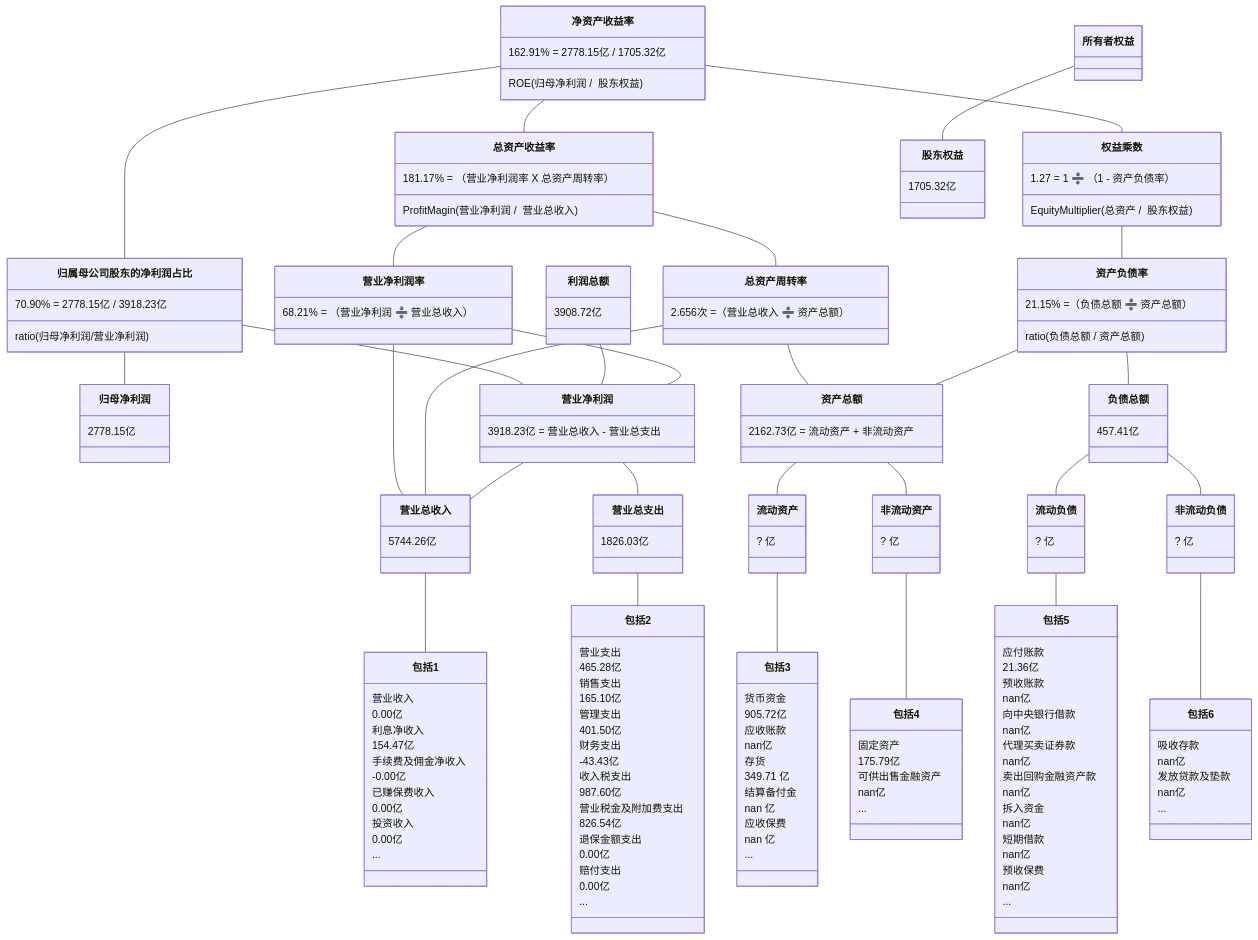
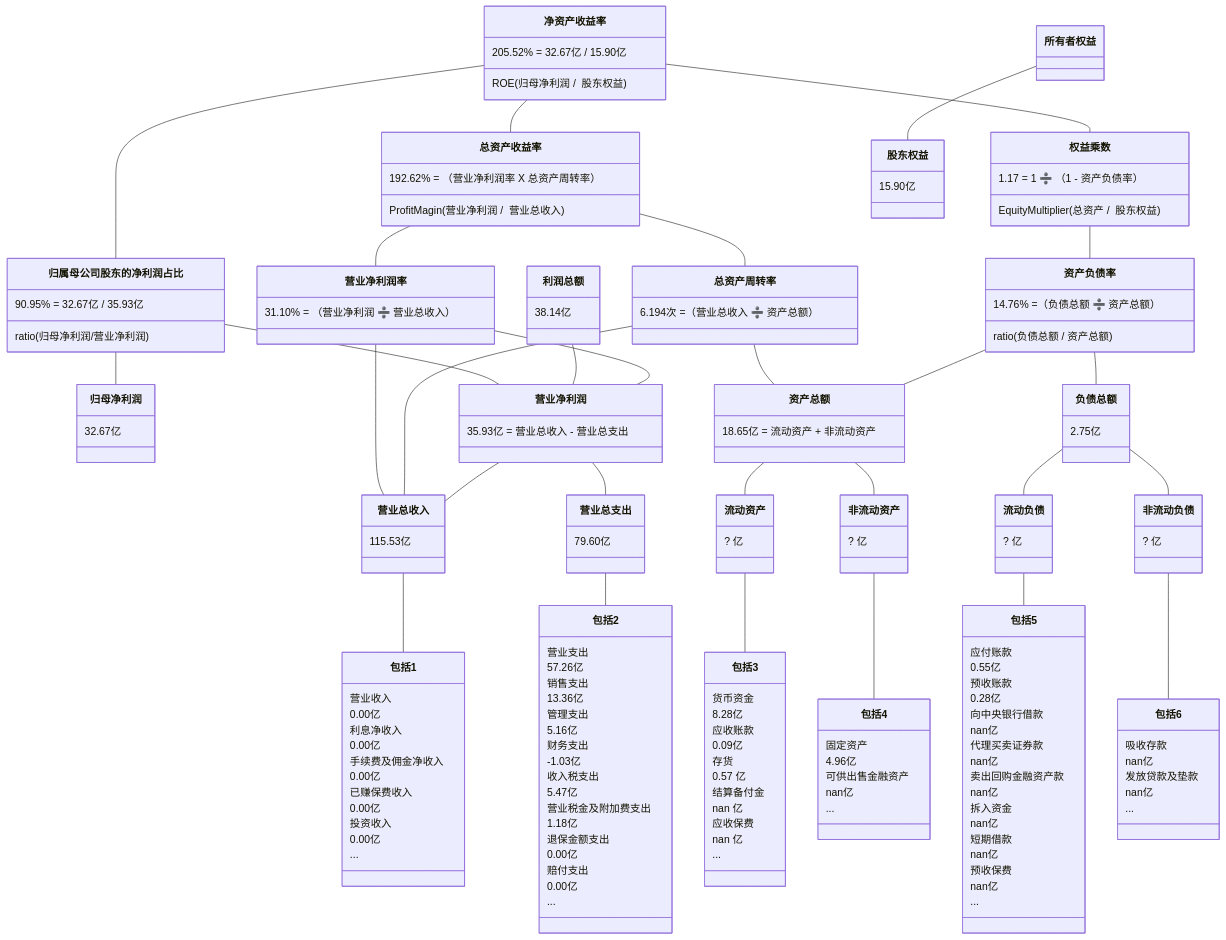
Before and after one commit to TheVeryDarkness/cs410: the seventh of 10 diagrams in 2/2.md, drawn with Mermaid. The commit also changed other lines of this file and 18 other files, not shown here.

````diff
--- a/2/2.md
+++ b/2/2.md
@@ -925,45 +953,45 @@
 ```mermaid
 classDiagram
 净资产收益率 -- 总资产收益率
-    净资产收益率 : 162.91% = 2778.15亿 / 1705.32亿
+    净资产收益率 : 205.52% = 32.67亿 / 15.90亿
     净资产收益率 : ROE(归母净利润 /  股东权益)
-    总资产收益率 : 181.17% = （营业净利润率 X 总资产周转率）
+    总资产收益率 : 192.62% = （营业净利润率 X 总资产周转率）
     总资产收益率 : ProfitMagin(营业净利润 /  营业总收入)
 净资产收益率 -- 归属母公司股东的净利润占比
-	  归属母公司股东的净利润占比 : 70.90% = 2778.15亿 / 3918.23亿
+	  归属母公司股东的净利润占比 : 90.95% = 32.67亿 / 35.93亿
 	  归属母公司股东的净利润占比 : ratio(归母净利润/营业净利润)
 归属母公司股东的净利润占比 -- 归母净利润
-    归母净利润 : 2778.15亿
+    归母净利润 : 32.67亿
 归属母公司股东的净利润占比 -- 营业净利润
-利润总额 : 3908.72亿
+利润总额 : 38.14亿
 利润总额 -- 营业净利润
 净资产收益率 -- 权益乘数
-    权益乘数 : 1.27 = 1 ➗ （1 - 资产负债率）
+    权益乘数 : 1.17 = 1 ➗ （1 - 资产负债率）
     权益乘数 : EquityMultiplier(总资产 /  股东权益)
 
 总资产收益率 -- 营业净利润率
-    营业净利润率 : 68.21% = （营业净利润 ➗ 营业总收入）
+    营业净利润率 : 31.10% = （营业净利润 ➗ 营业总收入）
 总资产收益率 -- 总资产周转率
-    总资产周转率 : 2.656次 =（营业总收入 ➗ 资产总额）
+    总资产周转率 : 6.194次 =（营业总收入 ➗ 资产总额）
 权益乘数 -- 资产负债率
-    资产负债率  : 21.15% =（负债总额 ➗ 资产总额）
+    资产负债率  : 14.76% =（负债总额 ➗ 资产总额）
     资产负债率  : ratio(负债总额 / 资产总额)
 
 营业净利润率 -- 营业净利润
-    营业净利润 : 3918.23亿 = 营业总收入 - 营业总支出
+    营业净利润 : 35.93亿 = 营业总收入 - 营业总支出
 营业净利润率 -- 营业总收入
 总资产周转率 -- 营业总收入
 总资产周转率 -- 资产总额
-    资产总额 : 2162.73亿 = 流动资产 + 非流动资产
+    资产总额 : 18.65亿 = 流动资产 + 非流动资产
 资产负债率 -- 负债总额
-    负债总额 : 457.41亿
+    负债总额 : 2.75亿
 资产负债率 -- 资产总额
 
 
 营业净利润 -- 营业总收入
-    营业总收入 : 5744.26亿
+    营业总收入 : 115.53亿
 营业净利润 -- 营业总支出
-    营业总支出 : 1826.03亿
+    营业总支出 : 79.60亿
 资产总额 -- 流动资产
 	  流动资产 : ? 亿
 资产总额 -- 非流动资产
@@ -977,9 +1005,9 @@
     包括1 : 营业收入
     包括1 : 0.00亿
     包括1 : 利息净收入
-    包括1 : 154.47亿
+    包括1 : 0.00亿
     包括1 : 手续费及佣金净收入
-    包括1 : -0.00亿
+    包括1 : 0.00亿
     包括1 : 已赚保费收入
     包括1 : 0.00亿
     包括1 : 投资收入
@@ -987,17 +1015,17 @@
     包括1 : ...
 营业总支出 -- 包括2
     包括2 : 营业支出
-    包括2 : 465.28亿
+    包括2 : 57.26亿
     包括2 : 销售支出
-    包括2 : 165.10亿
+    包括2 : 13.36亿
     包括2 : 管理支出
-    包括2 : 401.50亿
+    包括2 : 5.16亿
     包括2 : 财务支出
-    包括2 : -43.43亿
+    包括2 : -1.03亿
     包括2 : 收入税支出
-    包括2 : 987.60亿
+    包括2 : 5.47亿
     包括2 : 营业税金及附加费支出
-    包括2 : 826.54亿
+    包括2 : 1.18亿
     包括2 : 退保金额支出
     包括2 : 0.00亿
     包括2 : 赔付支出
@@ -1005,11 +1033,11 @@
     包括2 : ...
 流动资产 -- 包括3
     包括3 : 货币资金
-    包括3 : 905.72亿
+    包括3 : 8.28亿
     包括3 : 应收账款
-    包括3 : nan亿
+    包括3 : 0.09亿
     包括3 : 存货
-    包括3 : 349.71 亿
+    包括3 : 0.57 亿
     包括3 : 结算备付金
     包括3 : nan 亿
     包括3 : 应收保费
@@ -1017,15 +1045,15 @@
     包括3 : ...
 非流动资产 -- 包括4
     包括4 : 固定资产
-    包括4 : 175.79亿
+    包括4 : 4.96亿
     包括4 : 可供出售金融资产
     包括4 : nan亿
     包括4 : ...
 流动负债 -- 包括5
     包括5 : 应付账款
-    包括5 : 21.36亿
+    包括5 : 0.55亿
     包括5 : 预收账款
-    包括5 : nan亿
+    包括5 : 0.28亿
     包括5 : 向中央银行借款
     包括5 : nan亿
     包括5 : 代理买卖证券款
@@ -1046,5 +1074,5 @@
     包括6 : nan亿
     包括6 : ...
 所有者权益 -- 股东权益
-    股东权益 : 1705.32亿
+    股东权益 : 15.90亿
 ```
````
